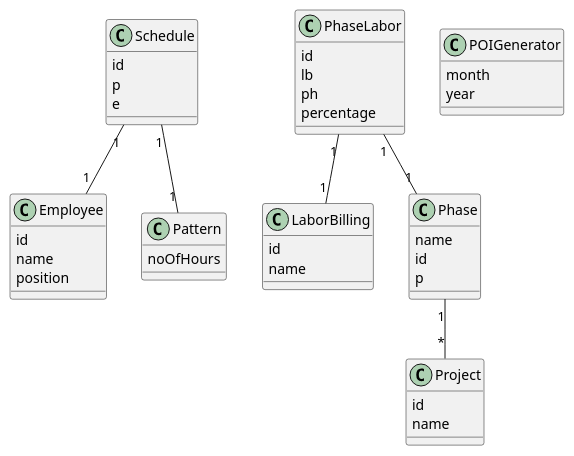
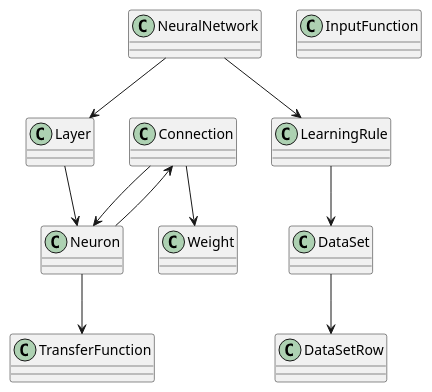
Before and after one commit to sh4r10/thesis-autogen-classdiagrams: the diagram in artefacts/controlled-experiment/project-5/t5-haf.puml, drawn with PlantUML. The commit also changed 1 other file, not shown here.

```diff
--- a/artefacts/controlled-experiment/project-5/t5-haf.puml
+++ b/artefacts/controlled-experiment/project-5/t5-haf.puml
@@ -1,51 +1,43 @@
 @startuml
-class Employee {
-    id
-    name
-    position
+
+class Connection {
 }
 
-class LaborBilling {
-    id
-    name
+class DataSet {
 }
 
-class Pattern {
-    noOfHours
+class DataSetRow {
 }
 
-class Phase {
-    name
-    id
-    p
+class InputFunction {
 }
 
-class PhaseLabor {
-    id
-    lb
-    ph
-    percentage
+class Layer {
 }
 
-class POIGenerator {
-    month
-    year
+class LearningRule {
 }
 
-class Project {
-    id
-    name
+class NeuralNetwork {
 }
 
-class Schedule {
-    id
-    p
-    e
+class Neuron {
 }
 
-Phase "1" -- "*" Project
-PhaseLabor "1" -- "1" LaborBilling
-PhaseLabor "1" -- "1" Phase
-Schedule "1" -- "1" Pattern
-Schedule "1" -- "1" Employee
+class TransferFunction {
+}
+
+class Weight {
+}
+
+Connection --> Weight
+Connection --> Neuron
+DataSet --> DataSetRow
+Layer --> Neuron
+NeuralNetwork --> Layer
+NeuralNetwork --> LearningRule
+Neuron --> Connection
+Neuron --> TransferFunction
+LearningRule --> DataSet
+
 @enduml
```
